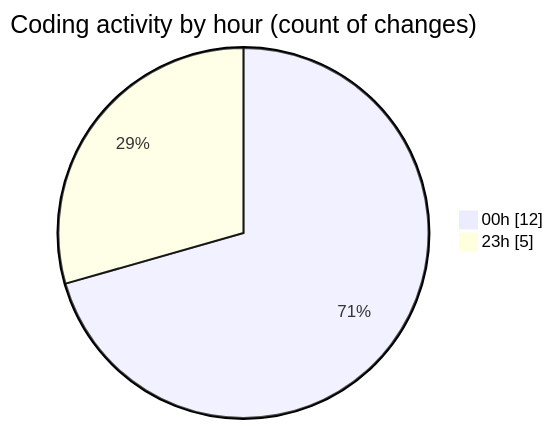
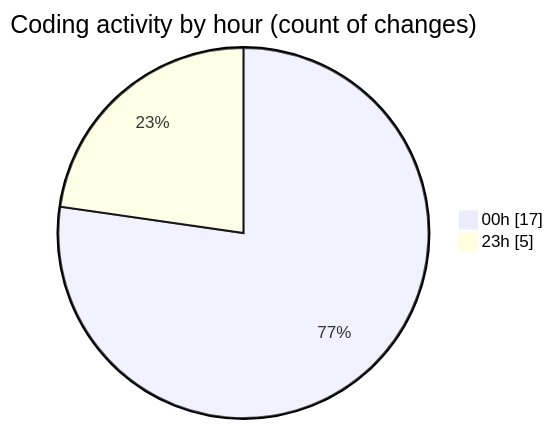
The second of 2 diagrams in 2025-11-27/eventscop-frontend-guide__workspace_/README.md (julien-gomy/code-tracking), drawn with Mermaid before and after one commit. The commit also changed other lines of this file and 1 other file, not shown here.

````diff
--- a/2025-11-27/eventscop-frontend-guide__workspace_/README.md
+++ b/2025-11-27/eventscop-frontend-guide__workspace_/README.md
@@ -37,6 +37,6 @@
 ```mermaid
 pie showData
 title Coding activity by hour (count of changes)
-"00h" : 12
+"00h" : 17
 "23h" : 5
 ```
````
